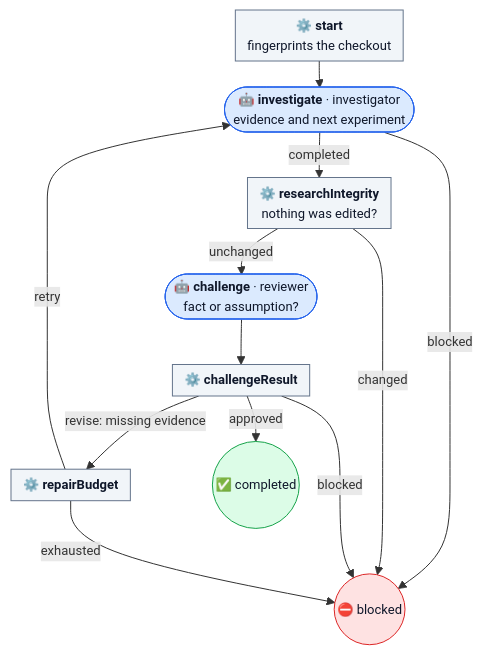
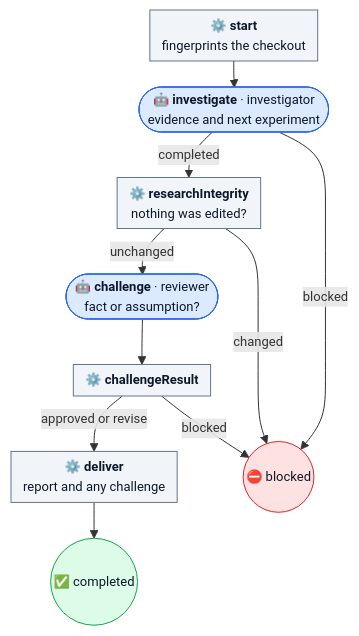
The diagram in docs/workflows/investigate.md (dna113p/machine-shop), drawn with Mermaid before and after one commit. The commit also changed other lines of this file and 15 other files, not shown here.

````diff
--- a/docs/workflows/investigate.md
+++ b/docs/workflows/investigate.md
@@ -43,32 +55,29 @@
 ```mermaid
 %%{init: {"themeVariables": {"fontSize": "13px"}, "flowchart": {"nodeSpacing": 16, "rankSpacing": 26, "padding": 6, "diagramPadding": 4}}}%%
 flowchart TD
   start["⚙️ <b>start</b><br/>fingerprints the checkout"]
   investigate(["🤖 <b>investigate</b> · investigator<br/>evidence and next experiment"])
   integrity["⚙️ <b>researchIntegrity</b><br/>nothing was edited?"]
   challenge(["🤖 <b>challenge</b> · reviewer<br/>fact or assumption?"])
   result["⚙️ <b>challengeResult</b>"]
-  budget["⚙️ <b>repairBudget</b>"]
+  deliver["⚙️ <b>deliver</b><br/>report and any challenge"]
   done(("✅ completed"))
   blocked(("⛔ blocked"))
 
   start --> investigate
   investigate -->|completed| integrity
   investigate -->|blocked| blocked
   integrity -->|unchanged| challenge --> result
   integrity -->|changed| blocked
-  result -->|approved| done
-  result -->|"revise: missing evidence"| budget
+  result -->|approved or revise| deliver --> done
   result -->|blocked| blocked
-  budget -->|retry| investigate
-  budget -->|exhausted| blocked
 
   classDef agent fill:#dbeafe,stroke:#2563eb,color:#0f172a
   classDef op fill:#f1f5f9,stroke:#64748b,color:#0f172a
   classDef good fill:#dcfce7,stroke:#16a34a,color:#0f172a
   classDef bad fill:#fee2e2,stroke:#dc2626,color:#0f172a
   class investigate,challenge agent
-  class start,integrity,result,budget op
+  class start,integrity,result,deliver op
   class done good
   class blocked bad
 ```
````
